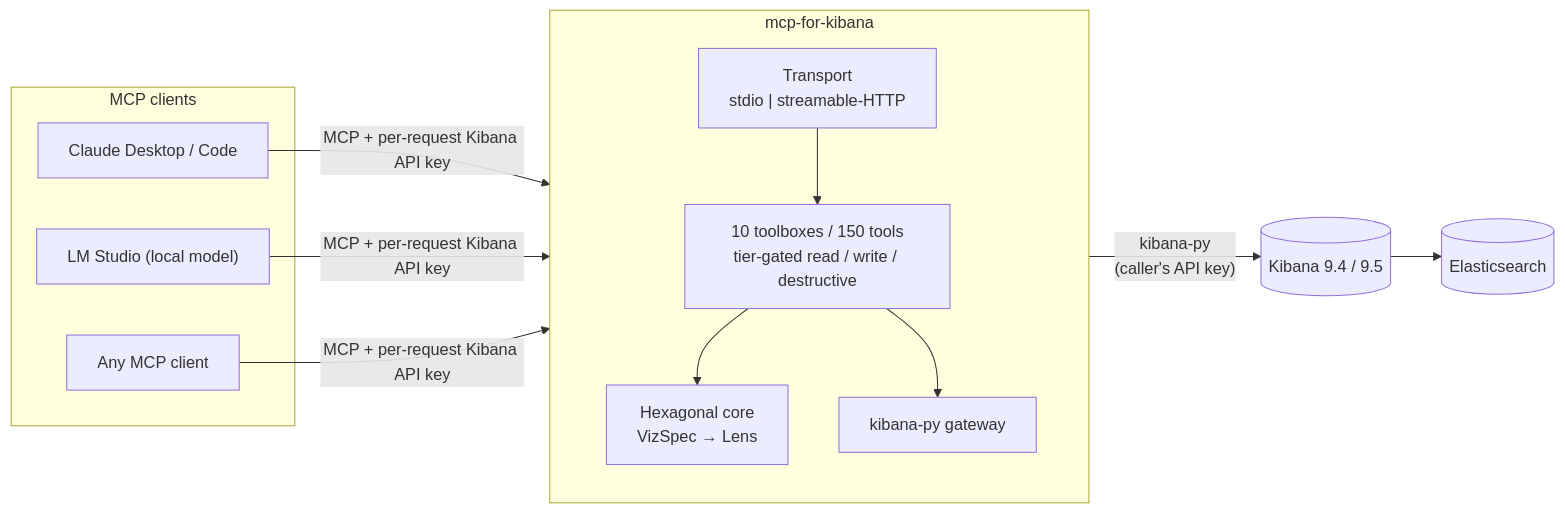
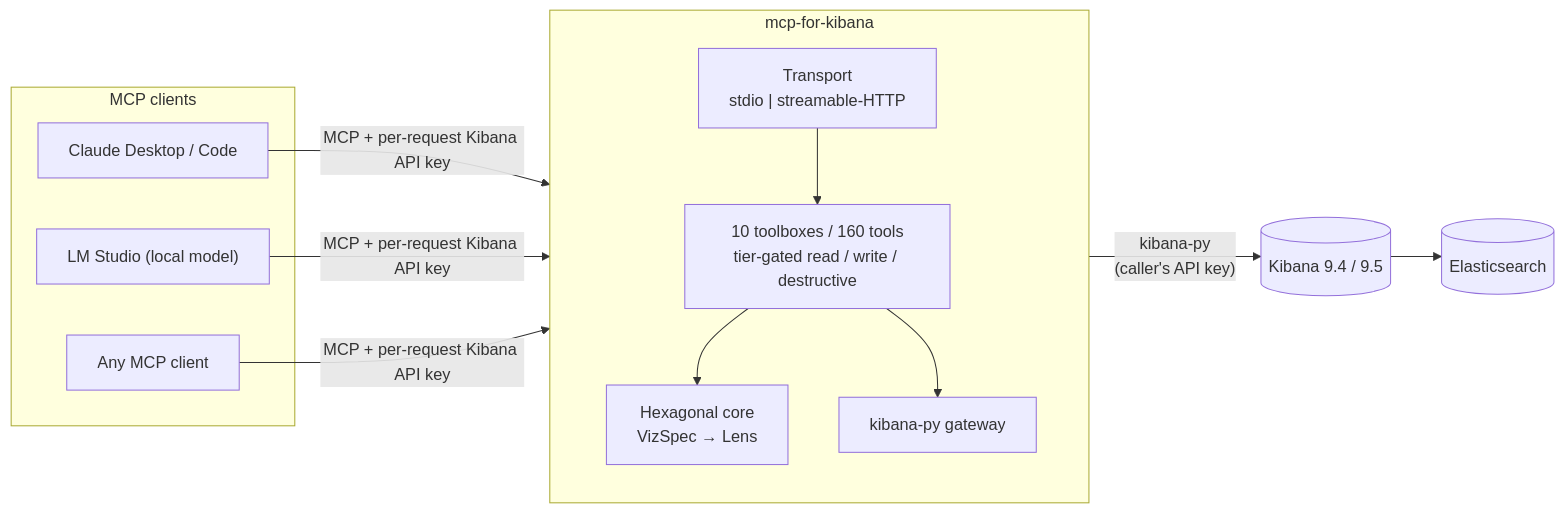
Before and after one commit to pedro-angel/mcp-for-kibana: the first of 4 diagrams in docs/architecture.md, drawn with Mermaid. The commit also changed other lines of this file and 21 other files, not shown here.

````diff
--- a/docs/architecture.md
+++ b/docs/architecture.md
@@ -14,23 +14,23 @@
 ```mermaid
 flowchart LR
     subgraph clients["MCP clients"]
         Claude["Claude Desktop / Code"]
         LMS["LM Studio (local model)"]
         Other["Any MCP client"]
     end
     subgraph server["mcp-for-kibana"]
         direction TB
         Transport["Transport<br/>stdio | streamable-HTTP"]
-        Toolboxes["10 toolboxes / 150 tools<br/>tier-gated read / write / destructive"]
+        Toolboxes["10 toolboxes / 160 tools<br/>tier-gated read / write / destructive"]
         Core["Hexagonal core<br/>VizSpec → Lens"]
         Gateway["kibana-py gateway"]
         Transport --> Toolboxes --> Core
         Toolboxes --> Gateway
     end
     ES[("Elasticsearch")]
     Kibana[("Kibana 9.4 / 9.5")]
 
     Claude & LMS & Other -->|"MCP + per-request Kibana API key"| Transport
     Gateway -->|"kibana-py<br/>(caller's API key)"| Kibana
     Kibana --> ES
 ```
````
